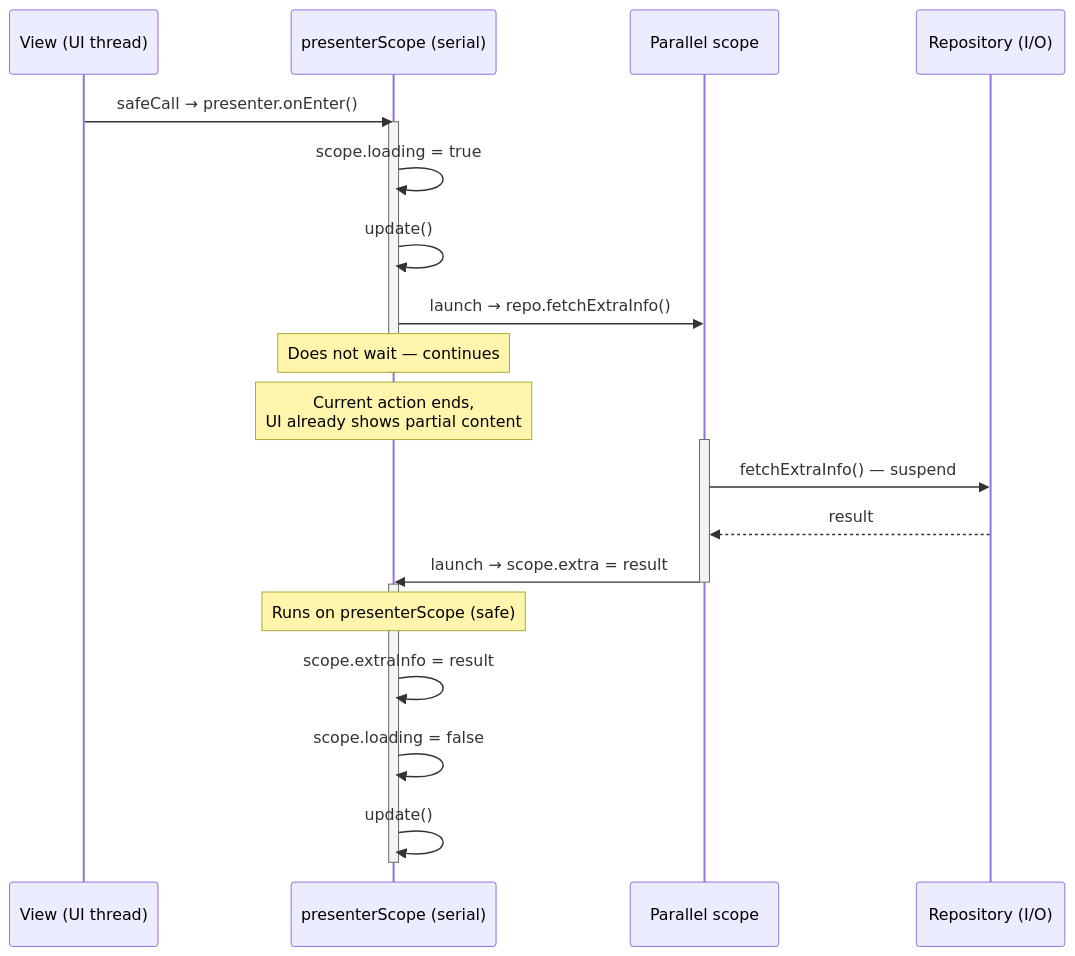
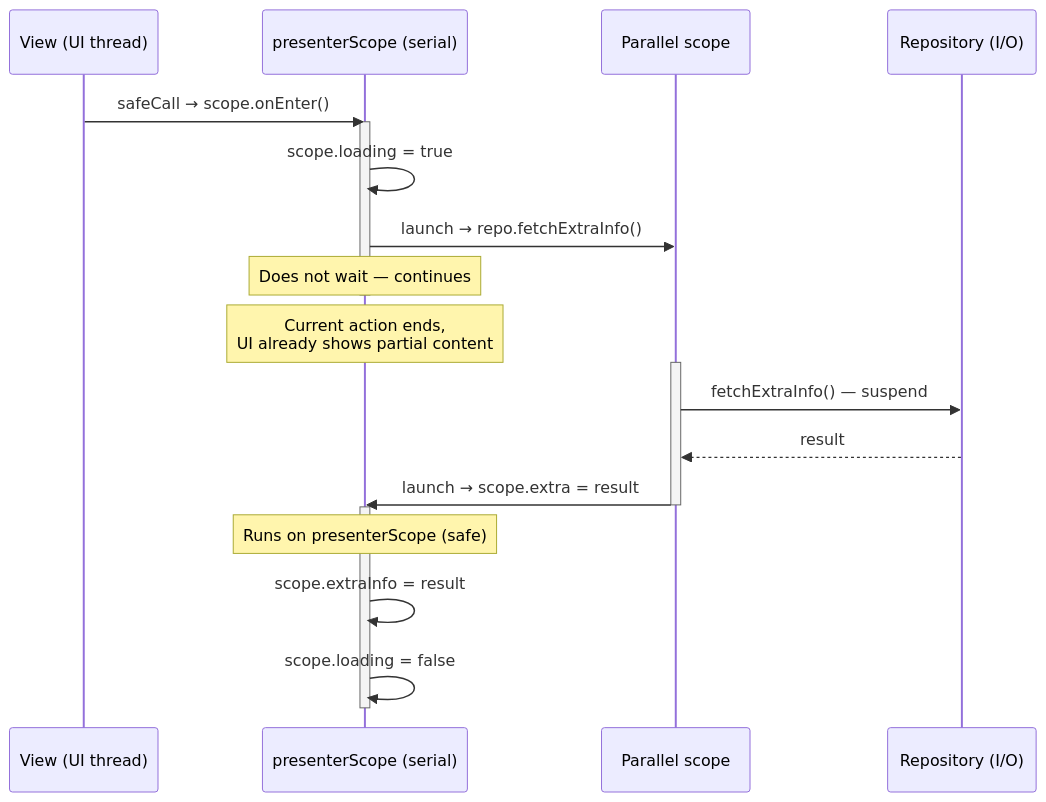
Before and after one commit to mrcdom/wdc-cube-kotlin: diagram 18 of 19 in docs/architecture-cube.md, drawn with Mermaid. The commit also changed other lines of this file and 14 other files, not shown here.

````diff
--- a/docs/architecture-cube.md
+++ b/docs/architecture-cube.md
@@ -1017,29 +1102,27 @@
 ```mermaid
 sequenceDiagram
     participant UI as View (UI thread)
     participant PS as presenterScope (serial)
     participant BG as Parallel scope
     participant Repo as Repository (I/O)
 
-    UI->>PS: safeCall → presenter.onEnter()
+    UI->>PS: safeCall → scope.onEnter()
     activate PS
     PS->>PS: scope.loading = true
-    PS->>PS: update()
     PS->>BG: launch → repo.fetchExtraInfo()
     Note over PS: Does not wait — continues
     deactivate PS
     Note over PS: Current action ends,<br/>UI already shows partial content
 
     activate BG
     BG->>Repo: fetchExtraInfo() — suspend
     Repo-->>BG: result
     BG->>PS: launch → scope.extra = result
     deactivate BG
 
     activate PS
     Note over PS: Runs on presenterScope (safe)
     PS->>PS: scope.extraInfo = result
     PS->>PS: scope.loading = false
-    PS->>PS: update()
     deactivate PS
 ```
````
